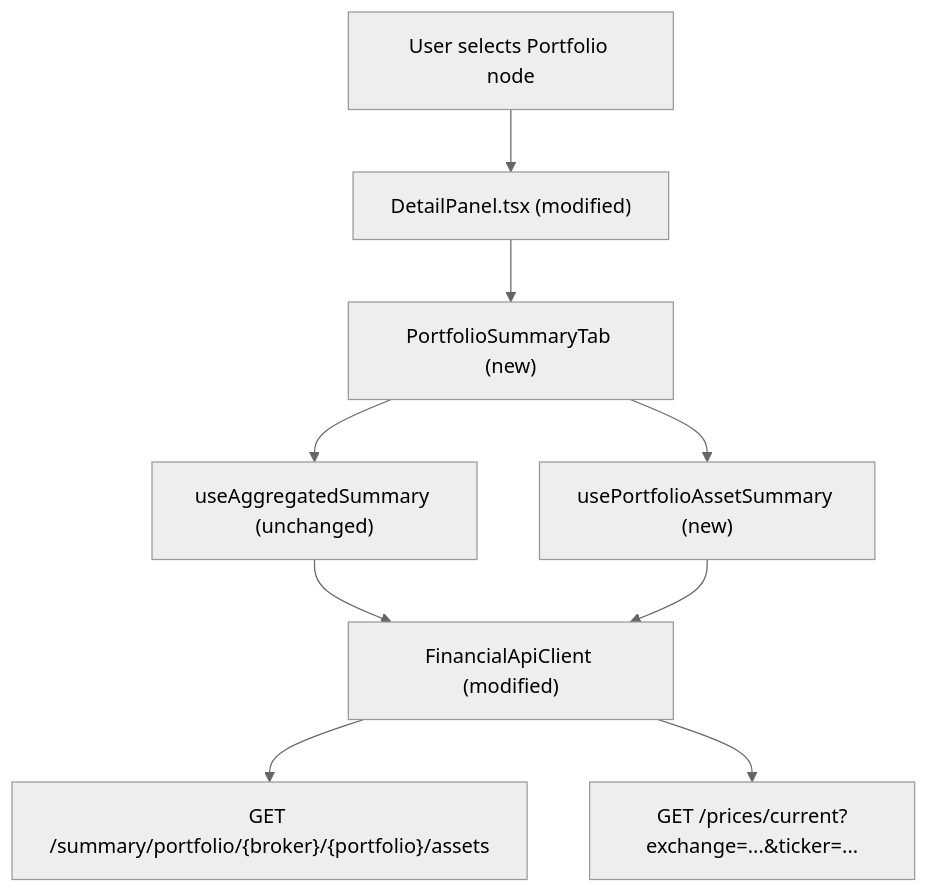
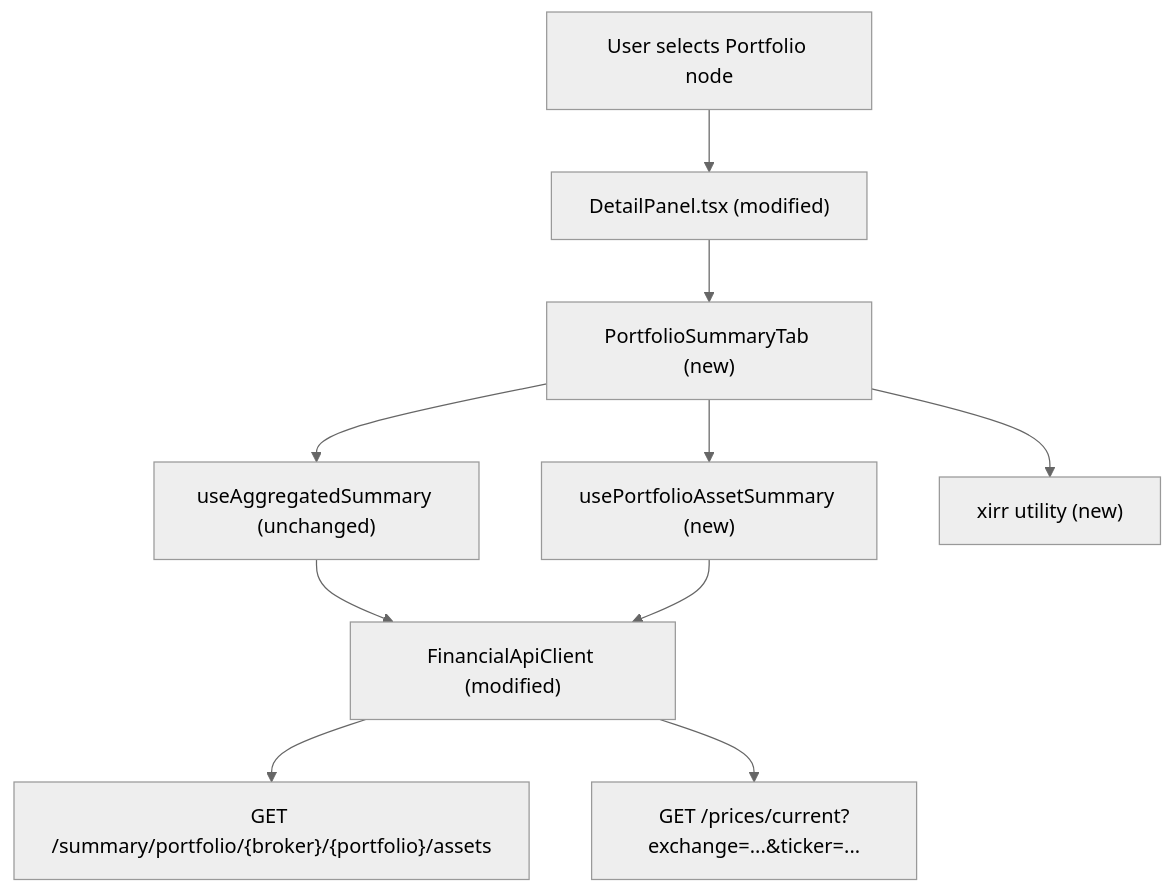
The diagram in docs/P02-F02-portfolio-summary-tab-web-frontend/spec.md (ggibellato/Financial), drawn with Mermaid (neutral theme) before and after one commit. The commit also changed other lines of this file and 7 other files, not shown here.

````diff
--- a/docs/P02-F02-portfolio-summary-tab-web-frontend/spec.md
+++ b/docs/P02-F02-portfolio-summary-tab-web-frontend/spec.md
@@ -33,11 +36,12 @@
 ```mermaid
 graph TD
     User["User selects Portfolio node"] --> DetailPanel["DetailPanel.tsx (modified)"]
     DetailPanel --> PortfolioSummaryTab["PortfolioSummaryTab (new)"]
     PortfolioSummaryTab --> useAggregatedSummary["useAggregatedSummary (unchanged)"]
     PortfolioSummaryTab --> usePortfolioAssetSummary["usePortfolioAssetSummary (new)"]
+    PortfolioSummaryTab --> xirr["xirr utility (new)"]
     useAggregatedSummary --> apiClient["FinancialApiClient (modified)"]
     usePortfolioAssetSummary --> apiClient
     apiClient --> F01Endpoint["GET /summary/portfolio/{broker}/{portfolio}/assets"]
     apiClient --> PriceEndpoint["GET /prices/current?exchange=...&ticker=..."]
 ```
````
